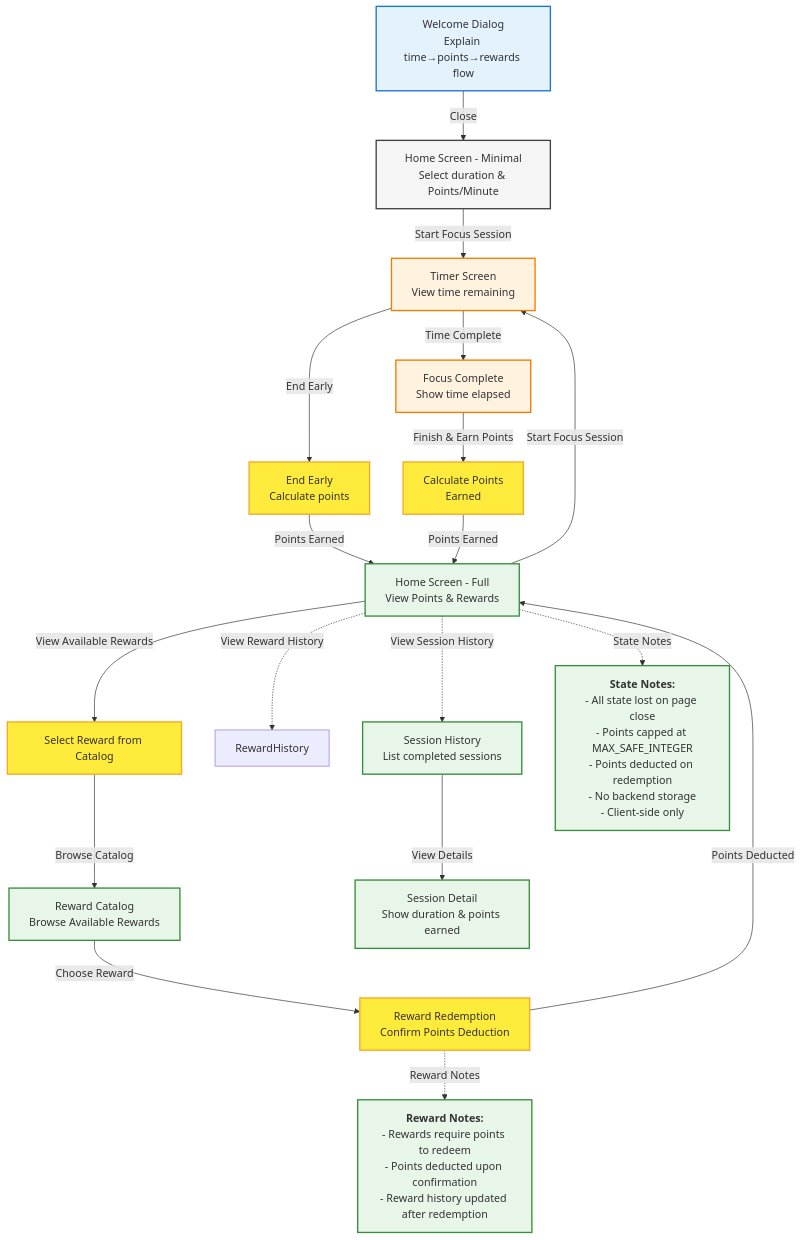
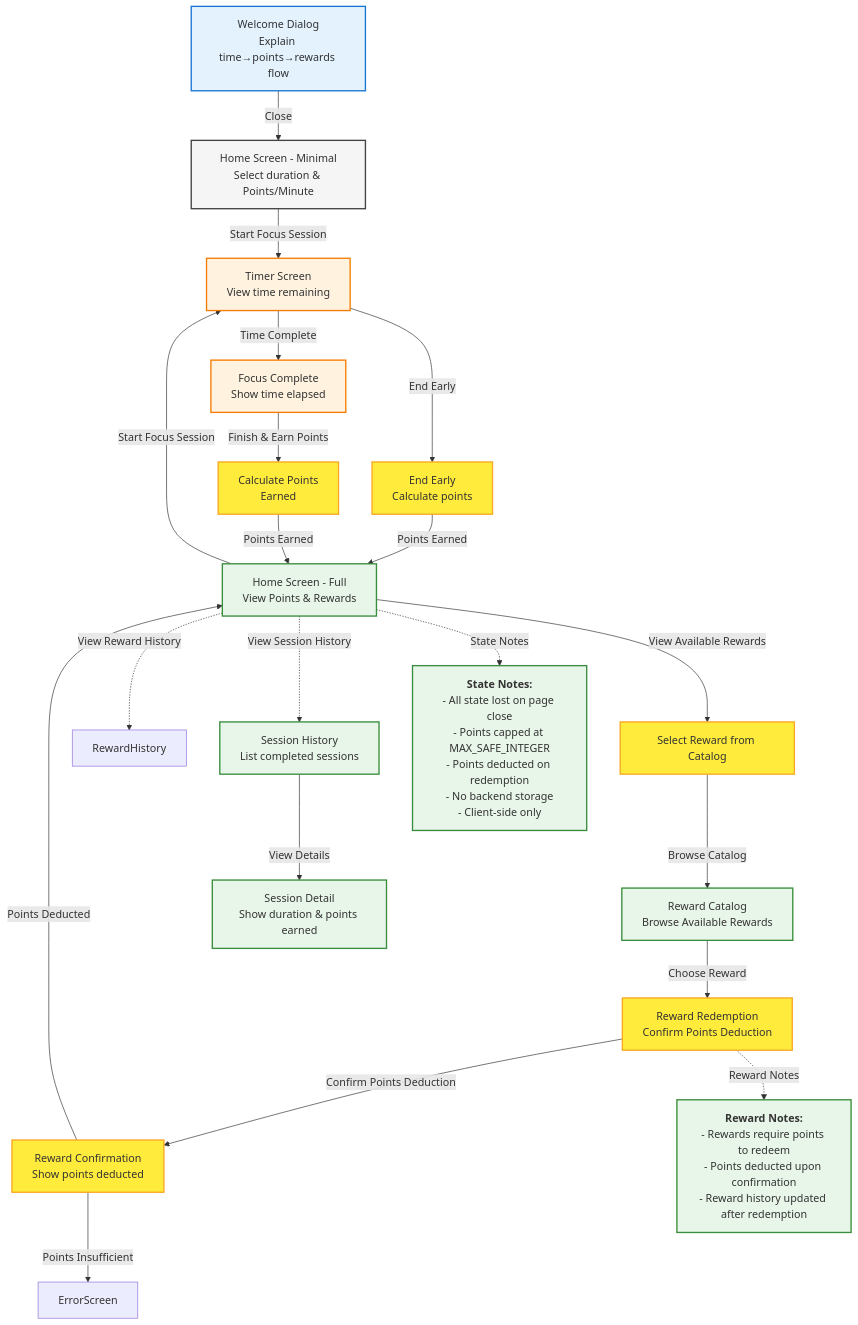
The diagram in design.md (michellekli/PomoExchange), drawn with Mermaid before and after one commit.

Commit message:
Add Reward Confirmation to 3.1 User Flow

````diff
--- a/design.md
+++ b/design.md
@@ -59,68 +59,73 @@
 ```mermaid
 flowchart TD
    %% Define styles
    classDef welcome fill:#e3f2fd,stroke:#1976d2,stroke-width:2px
    classDef homeMinimal fill:#f5f5f5,stroke:#424242,stroke-width:2px
    classDef timer fill:#fff3e0,stroke:#f57c00,stroke-width:2px
    classDef homeFull fill:#e8f5e9,stroke:#388e3c,stroke-width:2px
    classDef action fill:#ffeb3b,stroke:#f9a825,stroke-width:2px
 
    %% Welcome Dialog
    Welcome[Welcome Dialog<br/>Explain time→points→rewards flow]:::welcome
    Welcome -->|Close| HomeMinimal
 
    %% Home Screen - Minimal
    HomeMinimal[Home Screen - Minimal<br/>Select duration & Points/Minute]:::homeMinimal
    HomeMinimal -->|Start Focus Session| Timer
 
    %% Timer Screen
    Timer[Timer Screen<br/>View time remaining]:::timer
    Timer -->|End Early| EndEarly
    Timer -->|Time Complete| Complete
 
    %% End Early Path
    EndEarly[End Early<br/>Calculate points]:::action
    EndEarly -->|Points Earned| HomeFull
 
    %% Complete Path
    Complete[Focus Complete<br/>Show time elapsed]:::timer
    Complete -->|Finish & Earn Points| EarnPoints
 
    %% Earn Points Path
    EarnPoints[Calculate Points<br/>Earned]:::action
    EarnPoints -->|Points Earned| HomeFull
 
    %% Home Screen - Full
    HomeFull[Home Screen - Full<br/>View Points & Rewards]:::homeFull
    HomeFull -->|Start Focus Session| Timer
    HomeFull -->|View Available Rewards| RewardSelection
 
    %% Reward Selection Path
    RewardSelection[Select Reward from Catalog]:::action
    RewardSelection -->|Browse Catalog| RewardCatalog
 
    %% Reward Catalog
    RewardCatalog[Reward Catalog<br/>Browse Available Rewards]:::homeFull
    RewardCatalog -->|Choose Reward| RewardRedemption
 
    %% Reward Redemption Path
    RewardRedemption[Reward Redemption<br/>Confirm Points Deduction]:::action
-   RewardRedemption -->|Points Deducted| HomeFull
+   RewardRedemption -->|Confirm Points Deduction| RewardConfirmation
+
+   %% Reward Confirmation Path
+   RewardConfirmation[Reward Confirmation<br/>Show points deducted]:::action
+   RewardConfirmation -->|Points Insufficient| ErrorScreen
+   RewardConfirmation -->|Points Deducted| HomeFull
 
    %% Reward History
    HomeFull -.->|View Reward History| RewardHistory
    HomeFull -.->|View Session History| SessionHistory
 
    %% Session History
    SessionHistory[Session History<br/>List completed sessions]:::homeFull
    SessionHistory -->|View Details| SessionDetail
    SessionDetail[Session Detail<br/>Show duration & points earned]:::homeFull
 
    %% State Notes
    note1[<b>State Notes:</b><br/>- All state lost on page close<br/>- Points capped at MAX_SAFE_INTEGER<br/>- Points deducted on redemption<br/>- No backend storage<br/>- Client-side only]:::homeFull
    note2[<b>Reward Notes:</b><br/>- Rewards require points to redeem<br/>- Points deducted upon confirmation<br/>- Reward history updated after redemption]:::homeFull
 
    %% Connect notes
    HomeFull -.->|State Notes| note1
    RewardRedemption -.->|Reward Notes| note2
 ```
````
